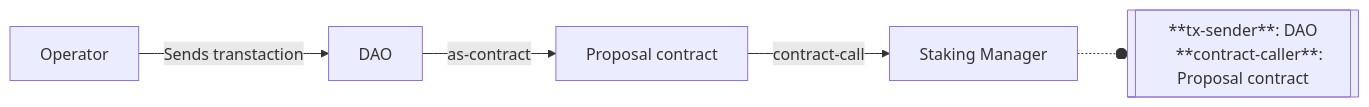
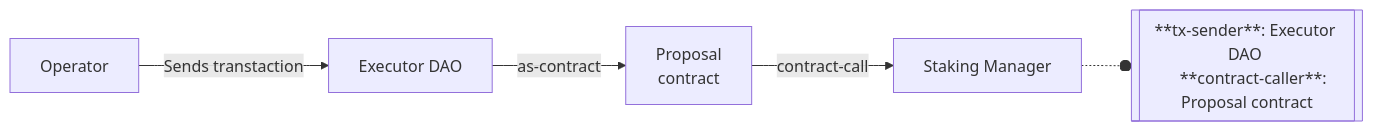
One commit to CoinFabrik/xlink-docs changed the second of 2 diagrams in developers/contracts/xlink-staking.md. Above: the diagram before and after it, drawn with Mermaid.

Commit message:
chore: rename dao by executor dao in diagram

````diff
--- a/developers/contracts/xlink-staking.md
+++ b/developers/contracts/xlink-staking.md
@@ -63,8 +63,9 @@
 ```mermaid
 flowchart LR
-    Operator --Sends transtaction--> DAO
-    DAO --as-contract--> i["Proposal contract"]
+    Operator --Sends transtaction--> dao["Executor DAO"]
+    dao --as-contract--> i["Proposal 
+    contract"]
     i --contract-call--> sm[Staking Manager]
-    sm -.-o box[["**tx-sender**: DAO
+    sm -.-o box[["**tx-sender**: Executor DAO 
     **contract-caller**: Proposal contract"]]
 ```
````
